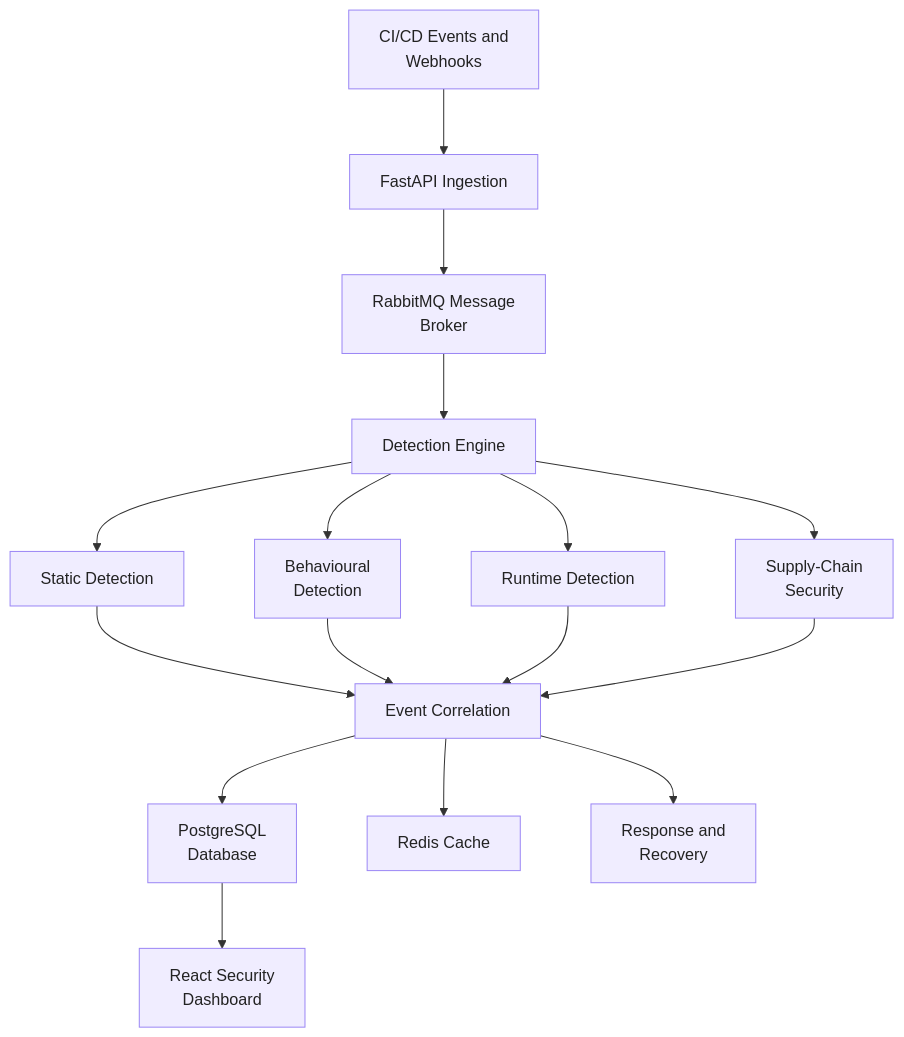
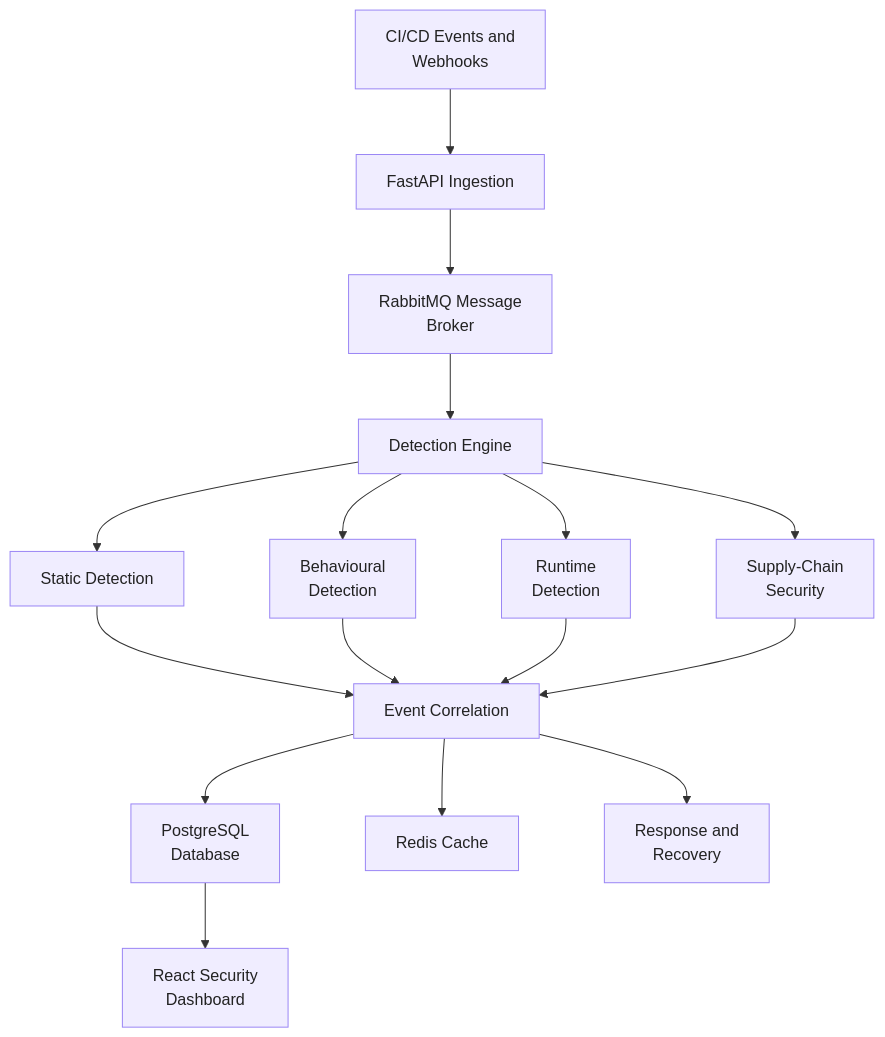
Before and after one commit to Hp-132/PipelineSentry-DevSecOps: the diagram in README.md, drawn with Mermaid.

````diff
--- a/README.md
+++ b/README.md
@@ -26,26 +26,26 @@
 ```mermaid
-%%{init: {"flowchart": {"nodeSpacing": 70, "rankSpacing": 65, "useMaxWidth": true}, "themeVariables": {"fontSize": "16px"}}}%%
+%%{init: {"flowchart": {"nodeSpacing": 85, "rankSpacing": 65, "useMaxWidth": true}, "themeVariables": {"fontSize": "16px"}}}%%
 flowchart TD
     A["CI/CD Events and<br/>Webhooks"] --> B["FastAPI Ingestion"]
     B --> C["RabbitMQ Message<br/>Broker"]
     C --> D["Detection Engine"]
 
     D --> E["Static Detection"]
     D --> F["Behavioural<br/>Detection"]
-    D --> G["Runtime Detection"]
+    D --> G["Runtime<br/>Detection"]
     D --> H["Supply-Chain<br/>Security"]
 
     E --> I["Event Correlation"]
     F --> I
     G --> I
     H --> I
 
     I --> J["PostgreSQL<br/>Database"]
     I --> K["Redis Cache"]
     I --> L["Response and<br/>Recovery"]
 
     J --> M["React Security<br/>Dashboard"]
 
     classDef service fill:#f0edff,stroke:#9b87f5,color:#222,stroke-width:1px
     class A,B,C,D,E,F,G,H,I,J,K,L,M service
 ```
````
